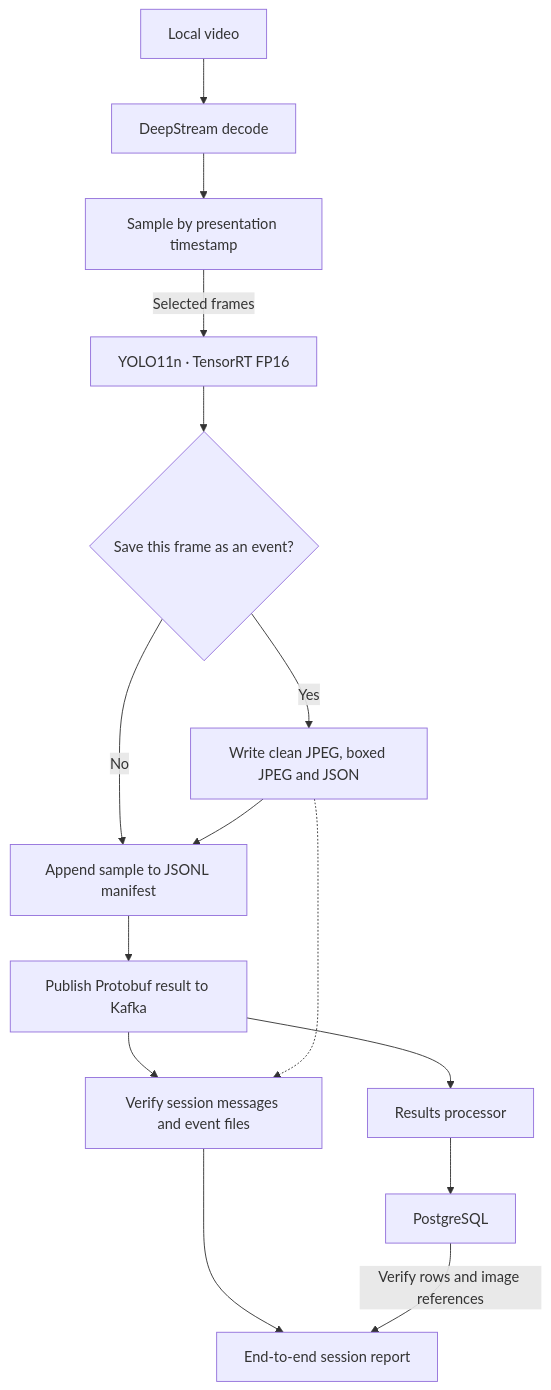
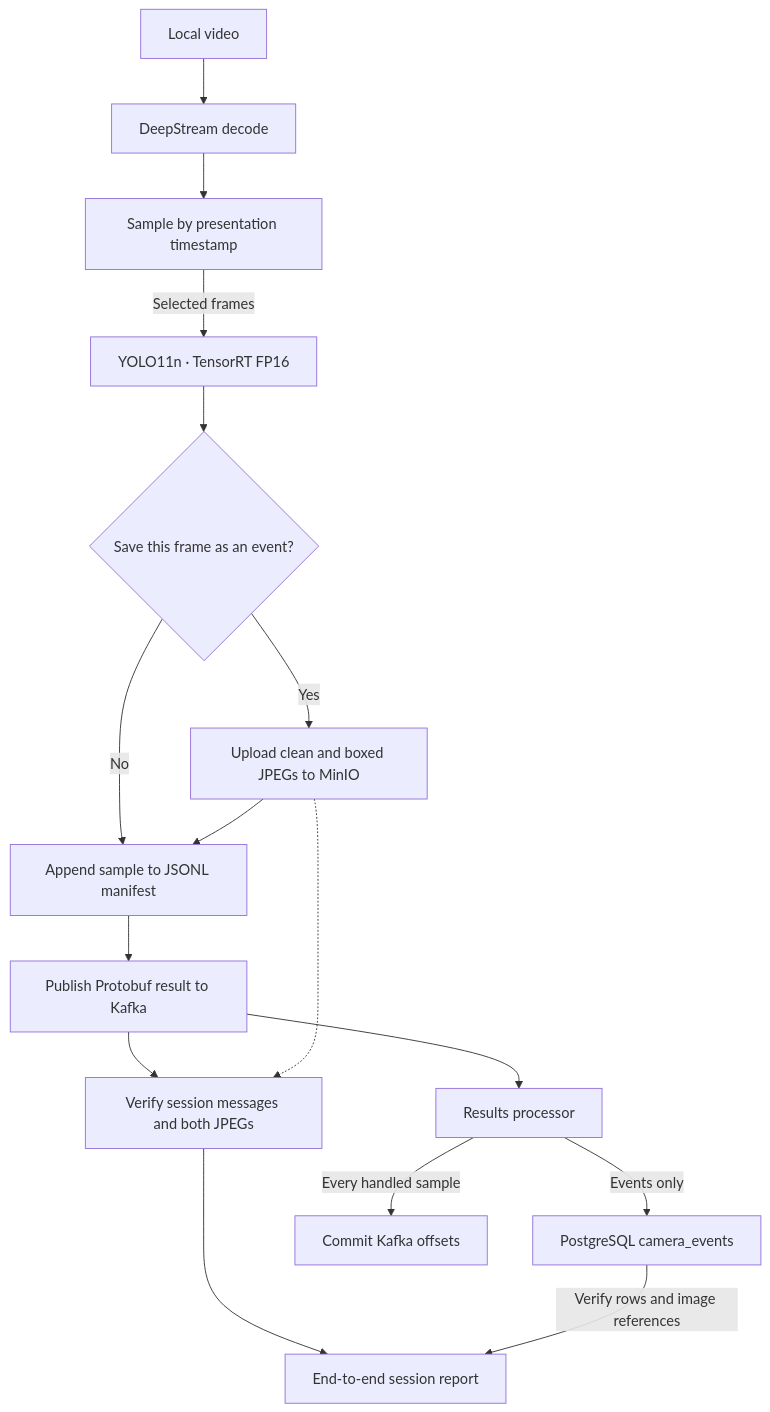
Before and after one commit to ali031reza/deepstream-ai-monitoring: the diagram in README.md, drawn with Mermaid. The commit also changed other lines of this file and 19 other files, not shown here.

Commit message:
Store event JPEGs in MinIO and persist only timestamped camera events

````diff
--- a/README.md
+++ b/README.md
@@ -7,17 +7,18 @@
 ```mermaid
 flowchart TD
     clip["Local video"] --> decode["DeepStream decode"]
     decode --> sample["Sample by presentation timestamp"]
     sample -->|Selected frames| infer["YOLO11n · TensorRT FP16"]
     infer --> event{"Save this frame as an event?"}
-    event -->|Yes| files["Write clean JPEG, boxed JPEG and JSON"]
+    event -->|Yes| files["Upload clean and boxed JPEGs to MinIO"]
     event -->|No| record["Append sample to JSONL manifest"]
     files --> record
     record --> kafka["Publish Protobuf result to Kafka"]
     kafka --> writer["Results processor"]
-    writer --> db["PostgreSQL"]
-    kafka --> replay["Verify session messages and event files"]
+    writer -->|Events only| db["PostgreSQL camera_events"]
+    writer -->|Every handled sample| offsets["Commit Kafka offsets"]
+    kafka --> replay["Verify session messages and both JPEGs"]
     files -.-> replay
     replay --> report["End-to-end session report"]
     db -->|Verify rows and image references| report
 ```
````
